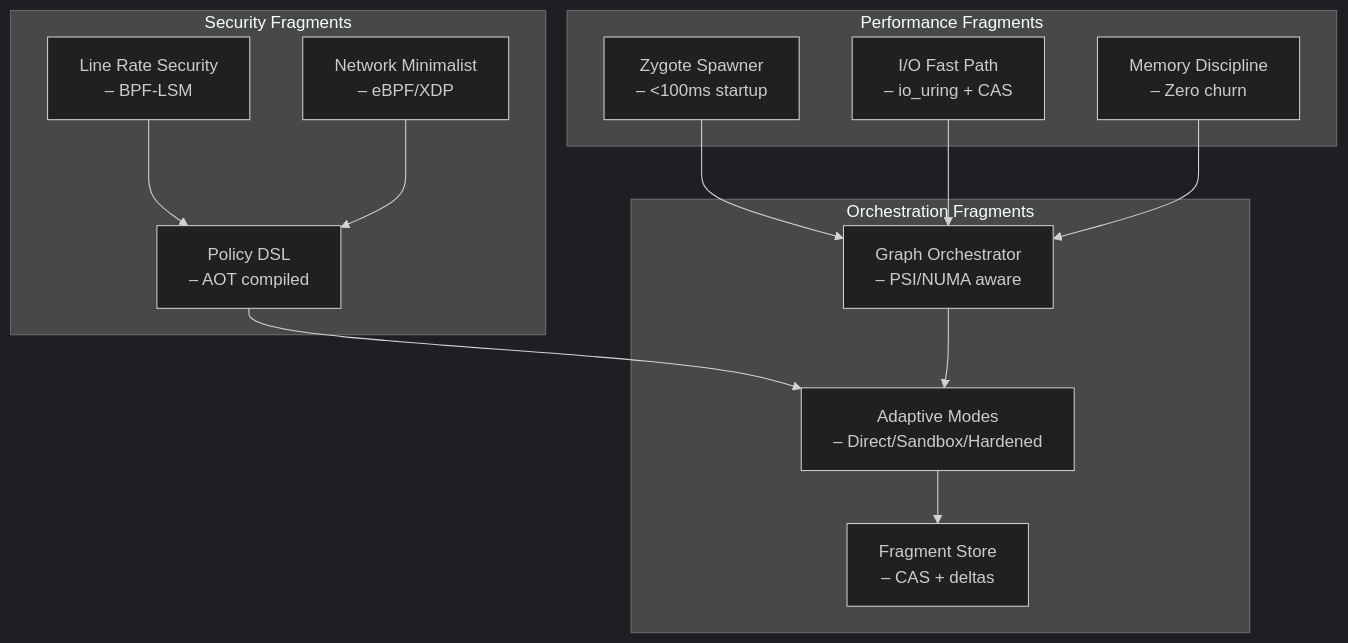
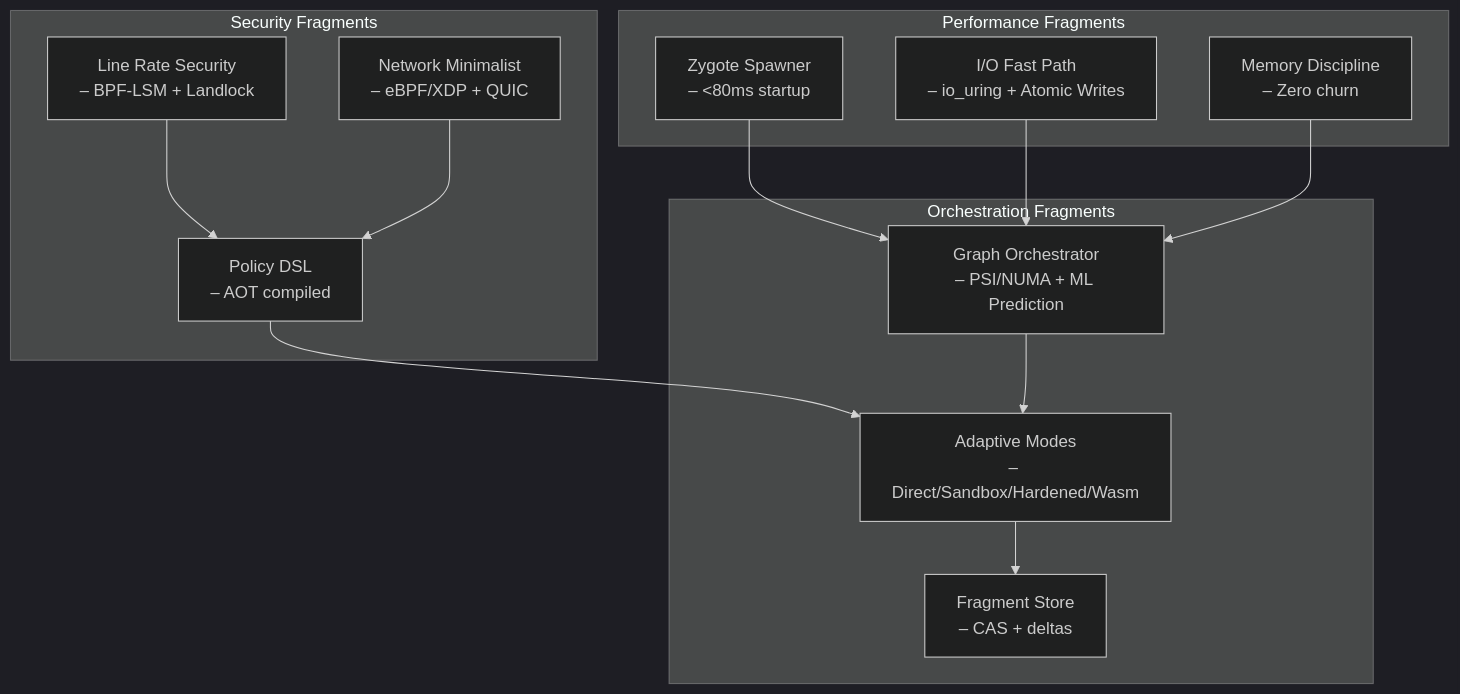
One commit to Intro0siddiqui/Phantom-Fragment changed the diagram in README.md. Above: the diagram before and after it, drawn with Mermaid (dark theme). The commit also changed other lines of this file, not shown here.

````diff
--- a/README.md
+++ b/README.md
@@ -191,29 +197,29 @@
 ```mermaid
 graph TB
     subgraph "Performance Fragments"
-        ZY[Zygote Spawner<br/>– <100ms startup]
-        IO[I/O Fast Path<br/>– io_uring + CAS]
+        ZY[Zygote Spawner<br/>– <80ms startup]
+        IO[I/O Fast Path<br/>– io_uring + Atomic Writes]
         MEM[Memory Discipline<br/>– Zero churn]
     end
 
     subgraph "Security Fragments"
-        SEC[Line Rate Security<br/>– BPF-LSM]
-        NET[Network Minimalist<br/>– eBPF/XDP]
+        SEC[Line Rate Security<br/>– BPF-LSM + Landlock]
+        NET[Network Minimalist<br/>– eBPF/XDP + QUIC]
         POL[Policy DSL<br/>– AOT compiled]
     end
 
     subgraph "Orchestration Fragments"
-        ORCH[Graph Orchestrator<br/>– PSI/NUMA aware]
-        MODE[Adaptive Modes<br/>– Direct/Sandbox/Hardened]
+        ORCH[Graph Orchestrator<br/>– PSI/NUMA + ML Prediction]
+        MODE[Adaptive Modes<br/>– Direct/Sandbox/Hardened/Wasm]
         FRAG[Fragment Store<br/>– CAS + deltas]
     end
 
     ZY --> ORCH
     IO --> ORCH
     MEM --> ORCH
     SEC --> POL
     NET --> POL
     POL --> MODE
     ORCH --> MODE
     MODE --> FRAG
 ```
````
